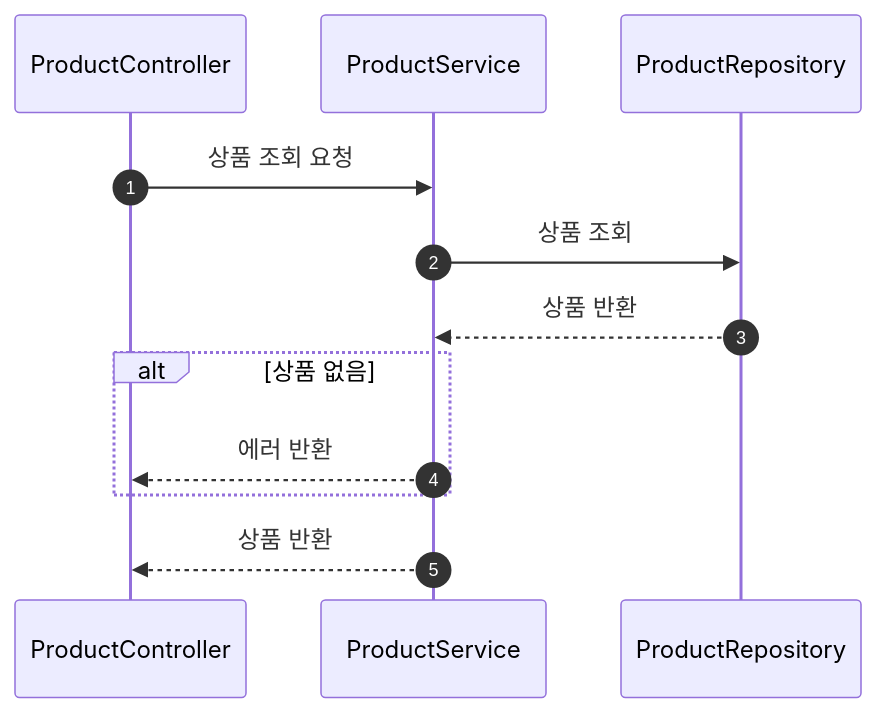
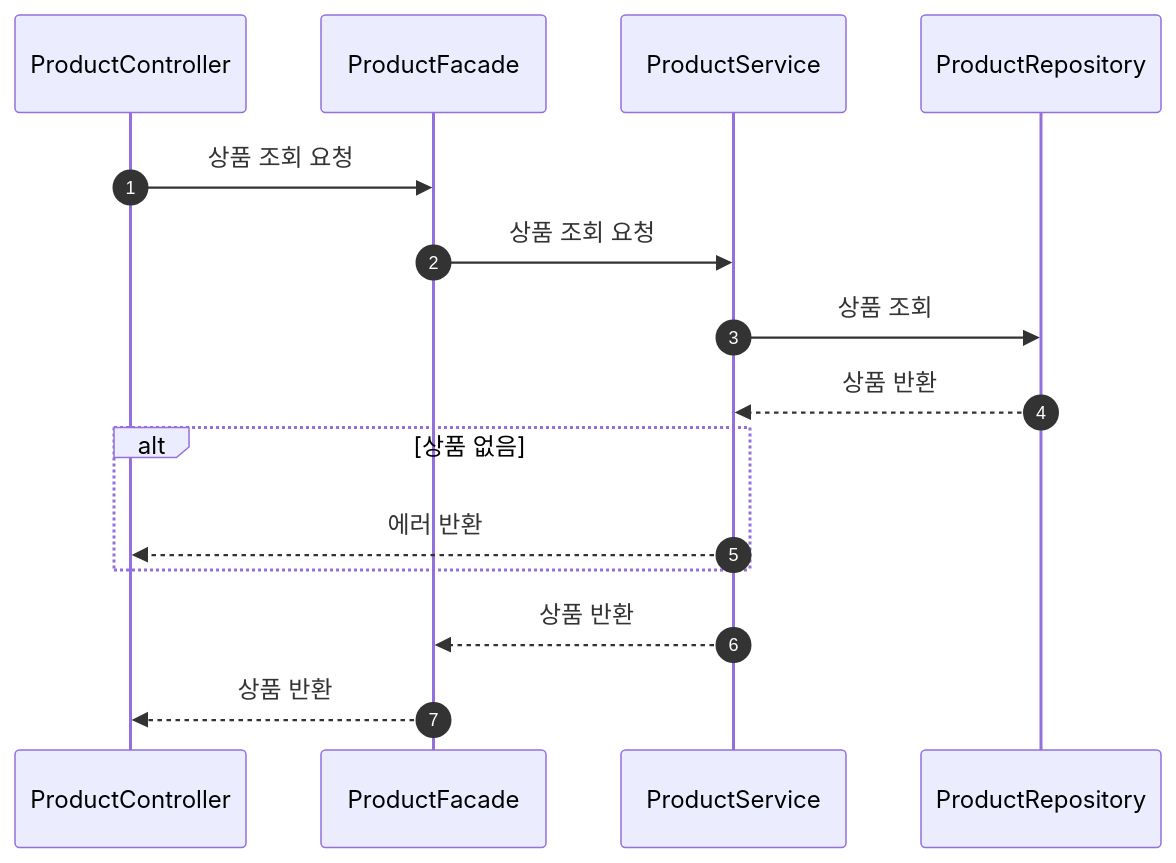
The third of 7 diagrams in docs/sequence/시퀀스_다이어그램.md (tre2man/hhplus-commerce), drawn with Mermaid before and after one commit. The commit also changed other lines of this file, not shown here.

Commit message:
document: 유저 조회하는 플로우 삭제

````diff
--- a/docs/sequence/시퀀스_다이어그램.md
+++ b/docs/sequence/시퀀스_다이어그램.md
@@ -57,15 +57,18 @@
 ```mermaid
 sequenceDiagram
     autonumber
     participant ProductController
+    participant ProductFacade
     participant ProductService
     participant ProductRepository
 
-    ProductController->>ProductService: 상품 조회 요청
+    ProductController->>ProductFacade: 상품 조회 요청
+    ProductFacade->>ProductService: 상품 조회 요청
     ProductService->>ProductRepository: 상품 조회
     ProductRepository-->>ProductService: 상품 반환
     alt 상품 없음
         ProductService-->>ProductController: 에러 반환
     end
-    ProductService-->>ProductController: 상품 반환
+    ProductService-->>ProductFacade: 상품 반환
+    ProductFacade-->>ProductController: 상품 반환
 ```
````
